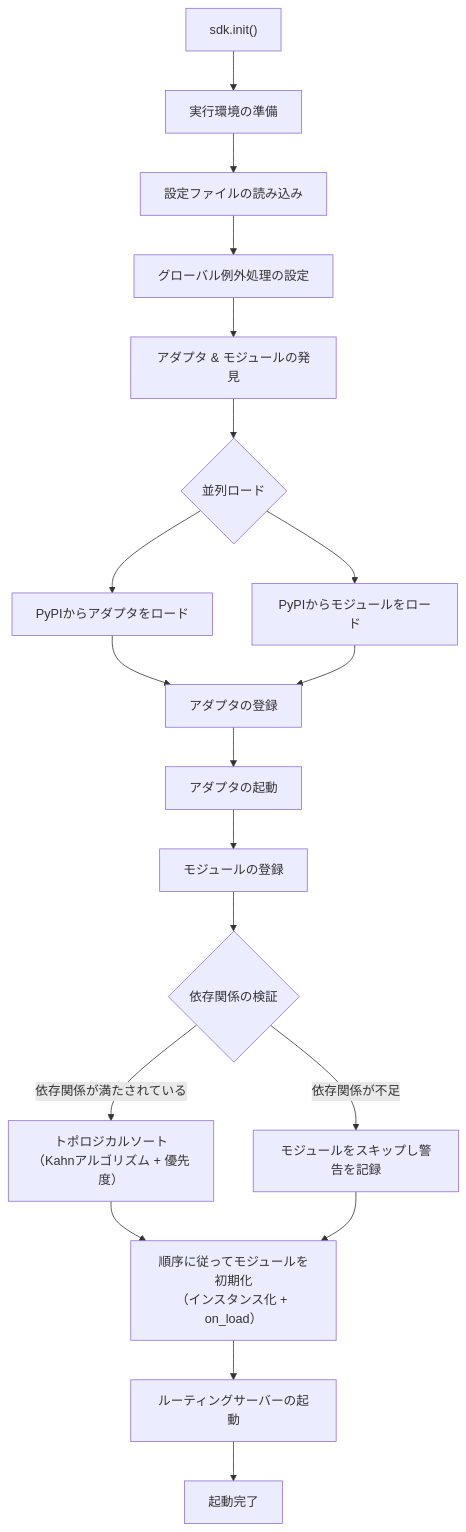
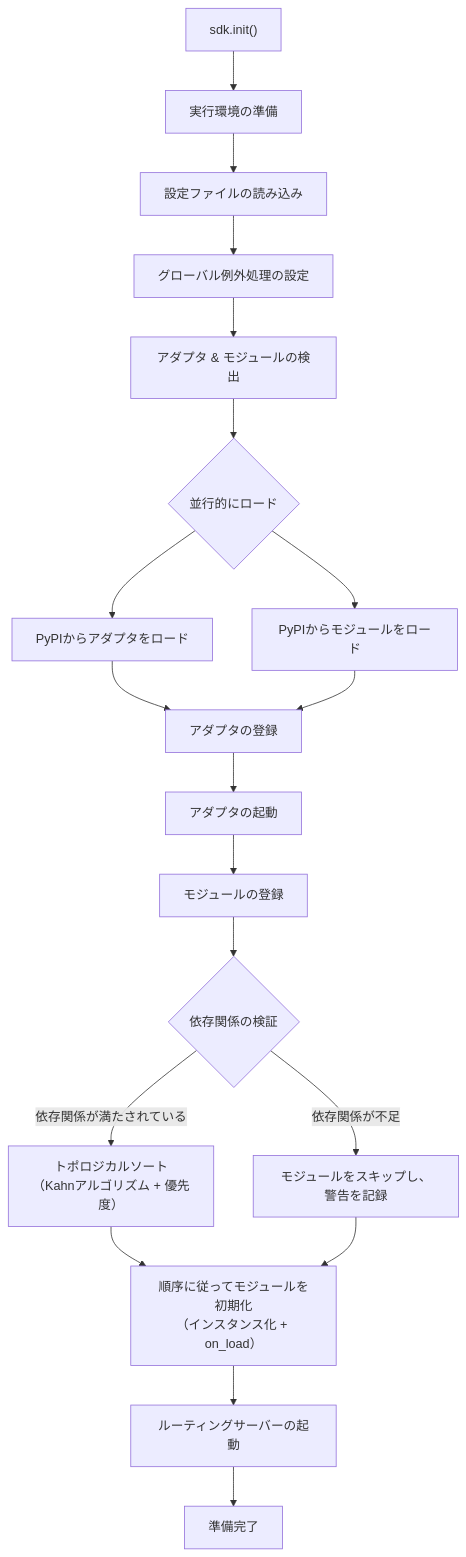
The second of 10 diagrams in docs/ja/architecture.md (ErisPulse/ErisPulse), drawn with Mermaid before and after one commit. The commit also changed other lines of this file and 83 other files, not shown here.

````diff
--- a/docs/ja/architecture.md
+++ b/docs/ja/architecture.md
@@ -59,20 +59,20 @@
 ```mermaid
 flowchart TD
     A["sdk.init()"] --> B["実行環境の準備"]
     B --> B1["設定ファイルの読み込み"]
     B1 --> B2["グローバル例外処理の設定"]
-    B2 --> C["アダプタ & モジュールの発見"]
-    C --> D{"並列ロード"}
+    B2 --> C["アダプタ & モジュールの検出"]
+    C --> D{"並行的にロード"}
     D --> D1["PyPIからアダプタをロード"]
     D --> D2["PyPIからモジュールをロード"]
     D1 & D2 --> E["アダプタの登録"]
     E --> E1["アダプタの起動"]
     E1 --> F["モジュールの登録"]
     F --> F1{"依存関係の検証"}
-    F1 -->|"依存関係が不足"| F2["モジュールをスキップし警告を記録"]
+    F1 -->|"依存関係が不足"| F2["モジュールをスキップし、警告を記録"]
     F1 -->|"依存関係が満たされている"| F3["トポロジカルソート<br/>（Kahnアルゴリズム + 優先度）"]
     F3 --> G["順序に従ってモジュールを初期化<br/>（インスタンス化 + on_load）"]
     F2 --> G
     G --> H["ルーティングサーバーの起動"]
-    H --> K["起動完了"]
+    H --> K["準備完了"]
 ```
````
